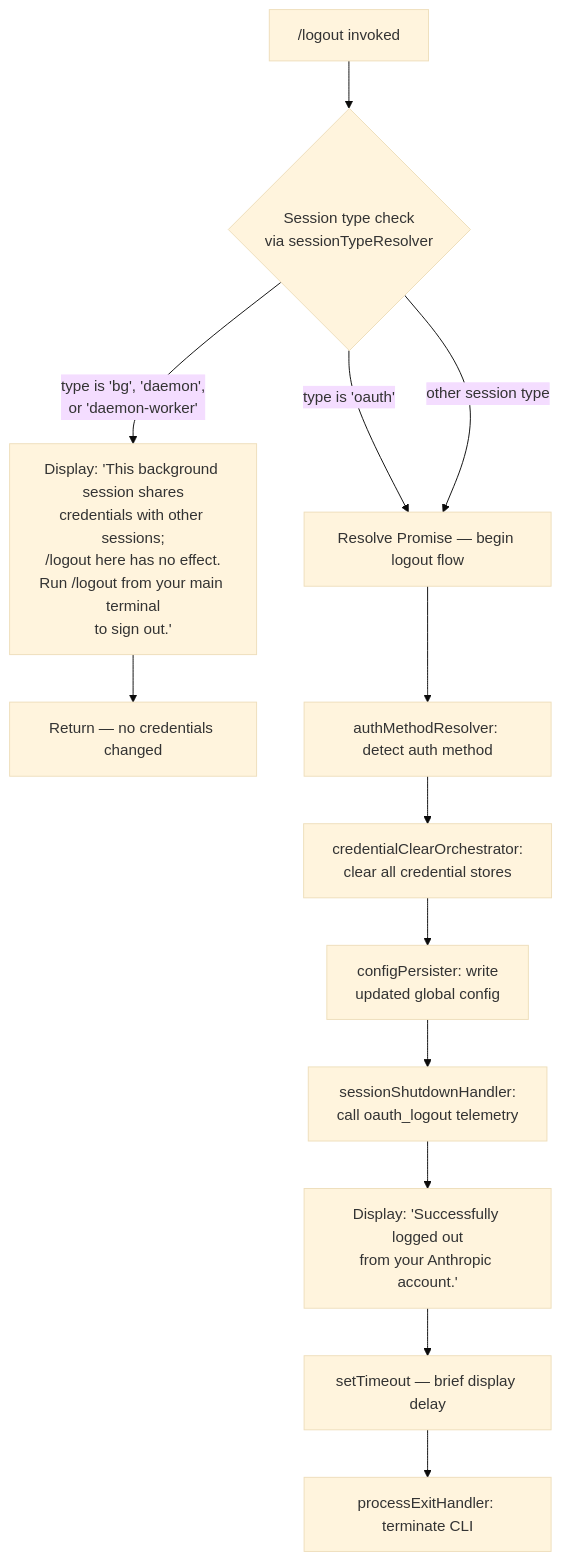
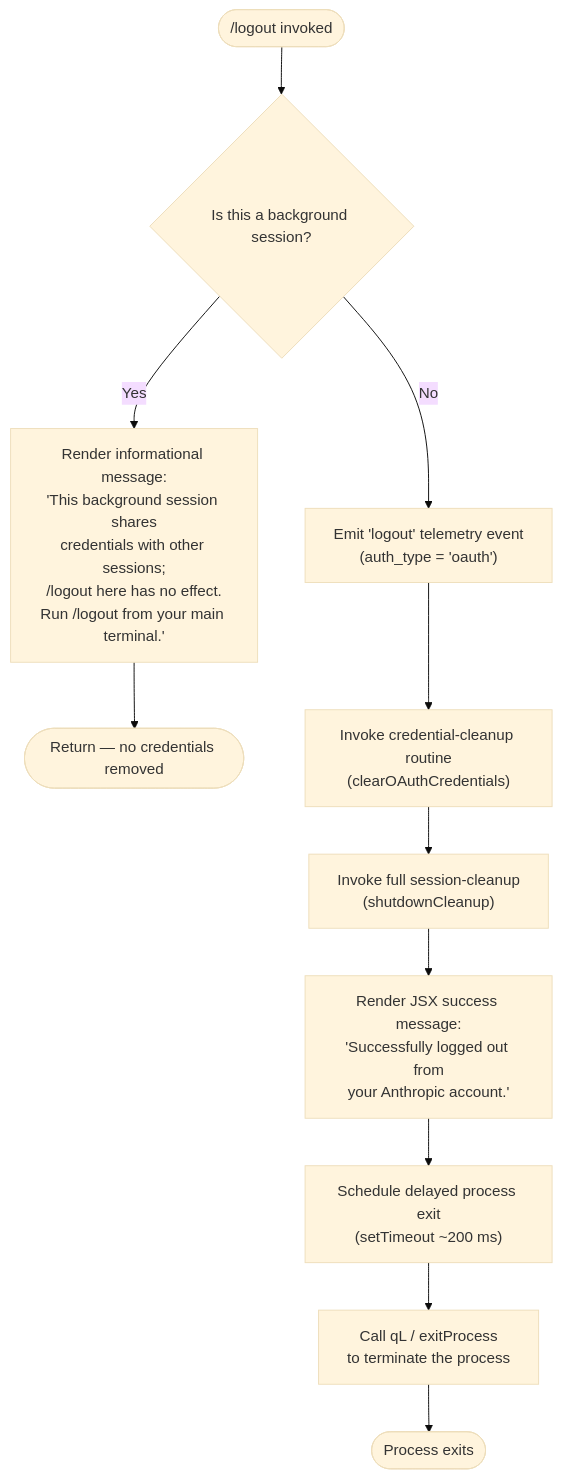
Before and after one commit to MyLittleLuckyDog/cc-gnothi: the diagram in versions/v2.1.132/logout.md, drawn with Mermaid (base theme). The commit also changed other lines of this file and 96 other files, not shown here.

````diff
--- a/versions/v2.1.132/logout.md
+++ b/versions/v2.1.132/logout.md
@@ -46,15 +54,13 @@
 ```mermaid
 flowchart TD
-    A["/logout invoked"] --> B{Session type check\nvia sessionTypeResolver}
-    B -->|type is 'bg', 'daemon',\nor 'daemon-worker'| C["Display: 'This background session shares\ncredentials with other sessions;\n/logout here has no effect.\nRun /logout from your main terminal\nto sign out.'"]
-    C --> Z[Return — no credentials changed]
-    B -->|type is 'oauth'| D[Resolve Promise — begin logout flow]
-    B -->|other session type| D
-    D --> E[authMethodResolver: detect auth method]
-    E --> F[credentialClearOrchestrator:\nclear all credential stores]
-    F --> G[configPersister: write\nupdated global config]
-    G --> H[sessionShutdownHandler:\ncall oauth_logout telemetry]
-    H --> I["Display: 'Successfully logged out\nfrom your Anthropic account.'"]
-    I --> J[setTimeout — brief display delay]
-    J --> K[processExitHandler: terminate CLI]
+    A(["/logout invoked"]) --> B{Is this a background session?}
+    B -- Yes --> C["Render informational message:\n'This background session shares\ncredentials with other sessions;\n/logout here has no effect.\nRun /logout from your main terminal.'"]
+    C --> Z([Return — no credentials removed])
+    B -- No --> D["Emit 'logout' telemetry event\n(auth_type = 'oauth')"]
+    D --> E["Invoke credential-cleanup routine\n(clearOAuthCredentials)"]
+    E --> F["Invoke full session-cleanup\n(shutdownCleanup)"]
+    F --> G["Render JSX success message:\n'Successfully logged out from\nyour Anthropic account.'"]
+    G --> H["Schedule delayed process exit\n(setTimeout ~200 ms)"]
+    H --> I["Call qL / exitProcess\nto terminate the process"]
+    I --> Z2([Process exits])
 ```
````
